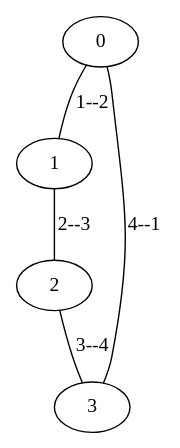
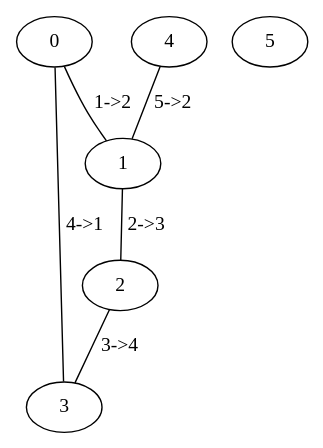
Before and after one commit to queeeety/Discrete: the diagram in graph.dot, drawn with Graphviz. The commit also changed 8 other files, not shown here.

Commit message:
graphic visualiser, generator and some other stuff

```diff
--- a/graph.dot
+++ b/graph.dot
@@ -1,10 +1,13 @@
 graph G {
 0 ;
 1 ;
 2 ;
 3 ;
-0 -- 1 [ label="1--2"];
-3 -- 0 [ label="4--1"];
-1 -- 2 [ label="2--3"];
-2 -- 3 [ label="3--4"];
+4 ;
+5 ;
+0 -- 1 [ label="1->2"];
+3 -- 0 [ label="4->1"];
+1 -- 2 [ label="2->3"];
+4 -- 1 [ label="5->2"];
+2 -- 3 [ label="3->4"];
 }
```
